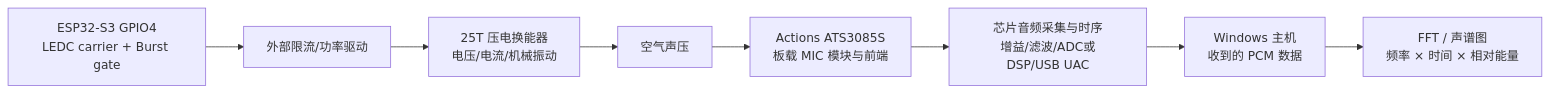
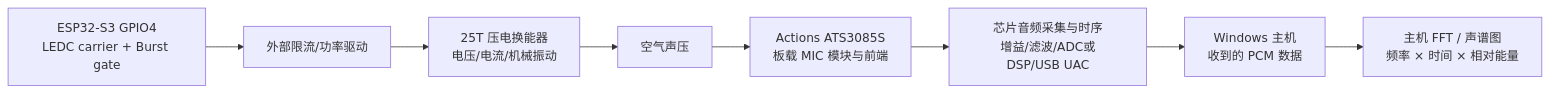
Before and after one commit to tianrking/tianrking.github.io: the diagram in blog/2026-08-17-esp32s3-25t-ultrasonic-waveform-envelope-microphone-spectrogram.md, drawn with Mermaid. The commit also changed other lines of this file and 1 other file, not shown here.

````diff
--- a/blog/2026-08-17-esp32s3-25t-ultrasonic-waveform-envelope-microphone-spectrogram.md
+++ b/blog/2026-08-17-esp32s3-25t-ultrasonic-waveform-envelope-microphone-spectrogram.md
@@ -45,10 +45,10 @@
 ```mermaid
 flowchart LR
   A[ESP32-S3 GPIO4\nLEDC carrier + Burst gate] --> B[外部限流/功率驱动]
   B --> C[25T 压电换能器\n电压/电流/机械振动]
   C --> D[空气声压]
   D --> E[Actions ATS3085S\n板载 MIC 模块与前端]
   E --> F[芯片音频采集与时序\n增益/滤波/ADC或DSP/USB UAC]
   F --> G[Windows 主机\n收到的 PCM 数据]
-  G --> H[FFT / 声谱图\n频率 × 时间 × 相对能量]
+  G --> H[主机 FFT / 声谱图\n频率 × 时间 × 相对能量]
 ```
````
